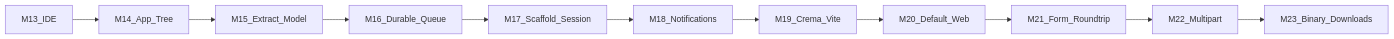
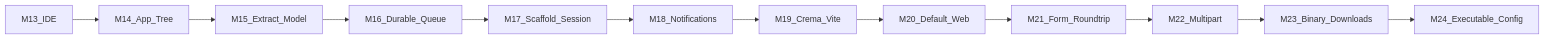
One commit to konaframework/kona changed the second of 2 diagrams in MILESTONES.md. Above: the diagram before and after it, drawn with Mermaid. The commit also changed other lines of this file and 78 other files, not shown here.

First line of the commit message:
M24: Executable ConfigFile config (no JSON) (#53)

````diff
--- a/MILESTONES.md
+++ b/MILESTONES.md
@@ -779,13 +808,14 @@
 ```mermaid
 flowchart LR
   M13[M13_IDE] --> M14[M14_App_Tree]
   M14 --> M15[M15_Extract_Model]
   M15 --> M16[M16_Durable_Queue]
   M16 --> M17[M17_Scaffold_Session]
   M17 --> M18[M18_Notifications]
   M18 --> M19[M19_Crema_Vite]
   M19 --> M20[M20_Default_Web]
   M20 --> M21[M21_Form_Roundtrip]
   M21 --> M22[M22_Multipart]
   M22 --> M23[M23_Binary_Downloads]
+  M23 --> M24[M24_Executable_Config]
 ```
````
